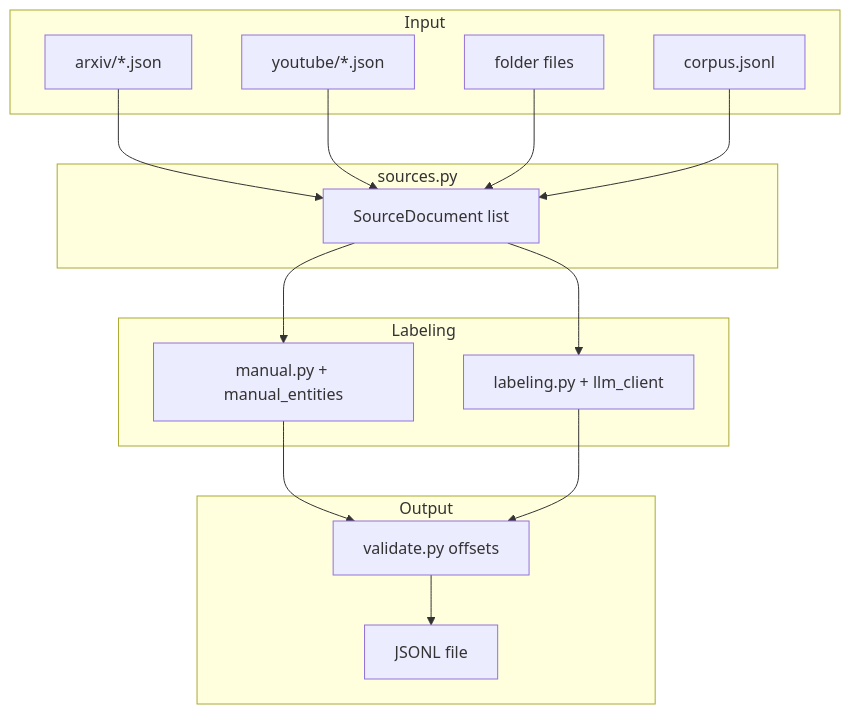
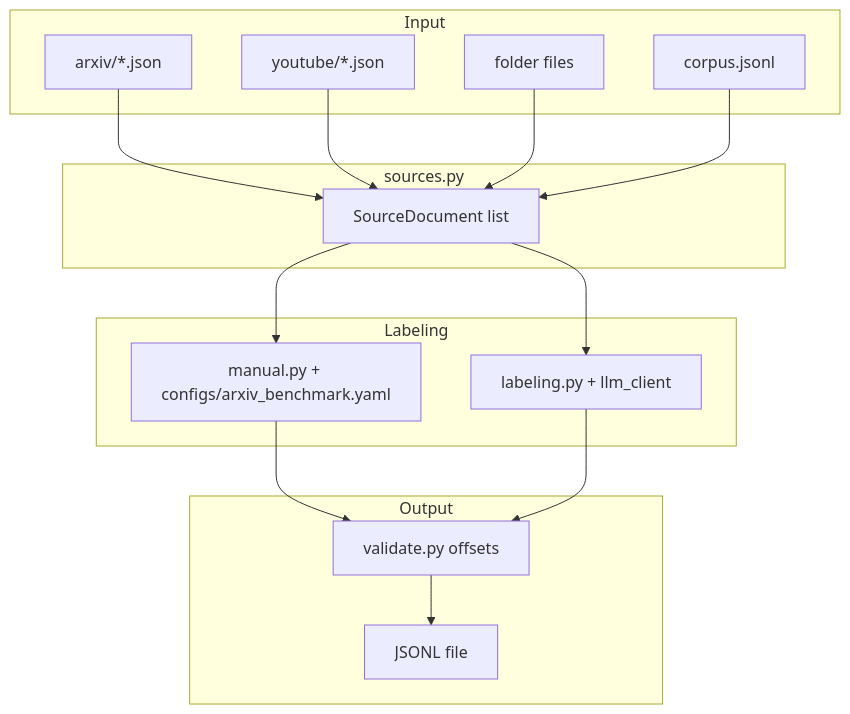
One commit to marfago-labs/ner-gold-generator changed the first of 2 diagrams in docs/architecture.md. Above: the diagram before and after it, drawn with Mermaid. The commit also changed other lines of this file and 16 other files, not shown here.

First line of the commit message:
Canonicalize arxiv benchmark gold and improve manual span building.

````diff
--- a/docs/architecture.md
+++ b/docs/architecture.md
@@ -37,29 +37,29 @@
 ```mermaid
 flowchart TB
   subgraph input [Input]
     A[arxiv/*.json]
     Y[youtube/*.json]
     F[folder files]
     J[corpus.jsonl]
   end
   subgraph load [sources.py]
     SD[SourceDocument list]
   end
   subgraph label [Labeling]
-    M[manual.py + manual_entities]
+    M[manual.py + configs/arxiv_benchmark.yaml]
     L[labeling.py + llm_client]
   end
   subgraph out [Output]
     V[validate.py offsets]
     W[JSONL file]
   end
   A --> SD
   Y --> SD
   F --> SD
   J --> SD
   SD --> M
   SD --> L
   M --> V
   L --> V
   V --> W
 ```
````
